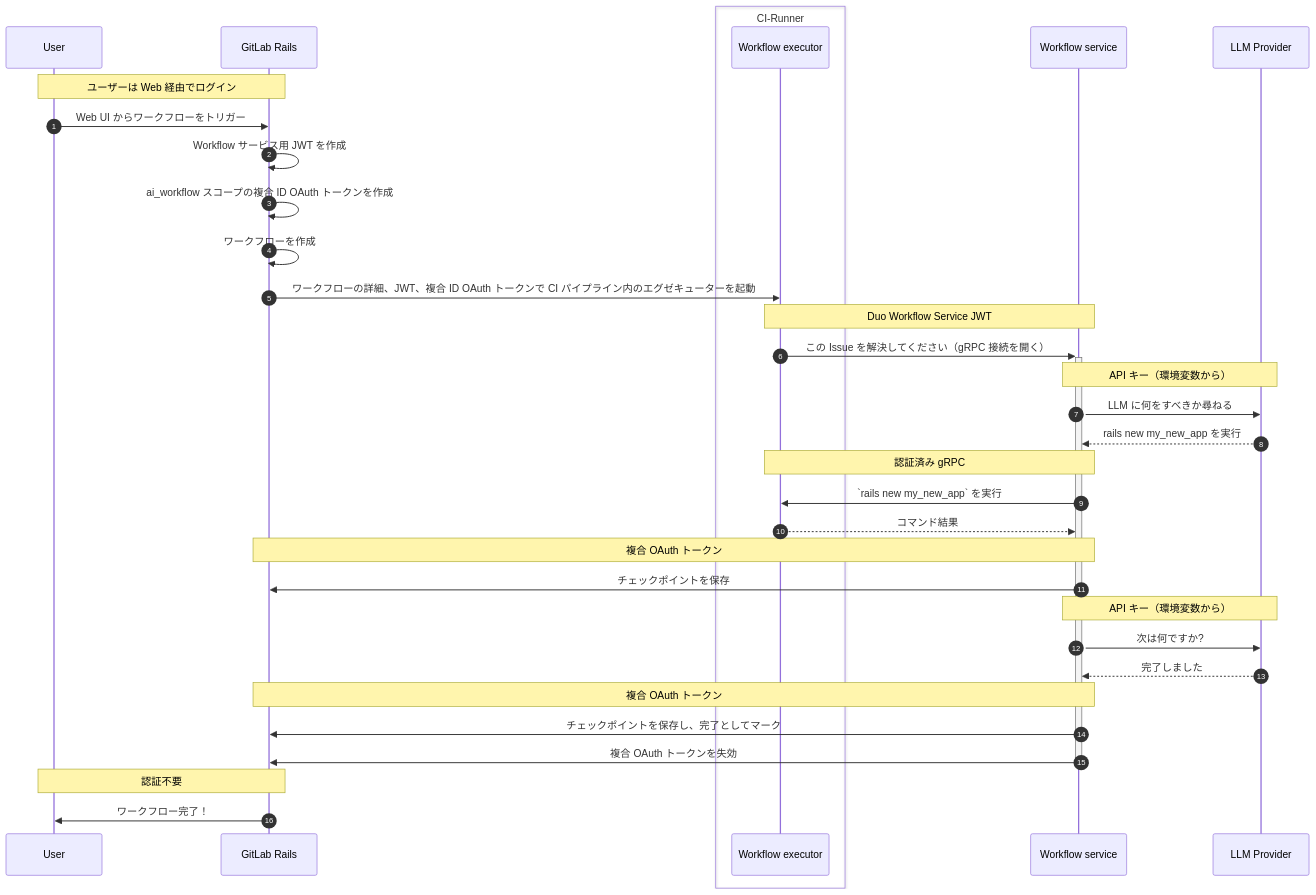
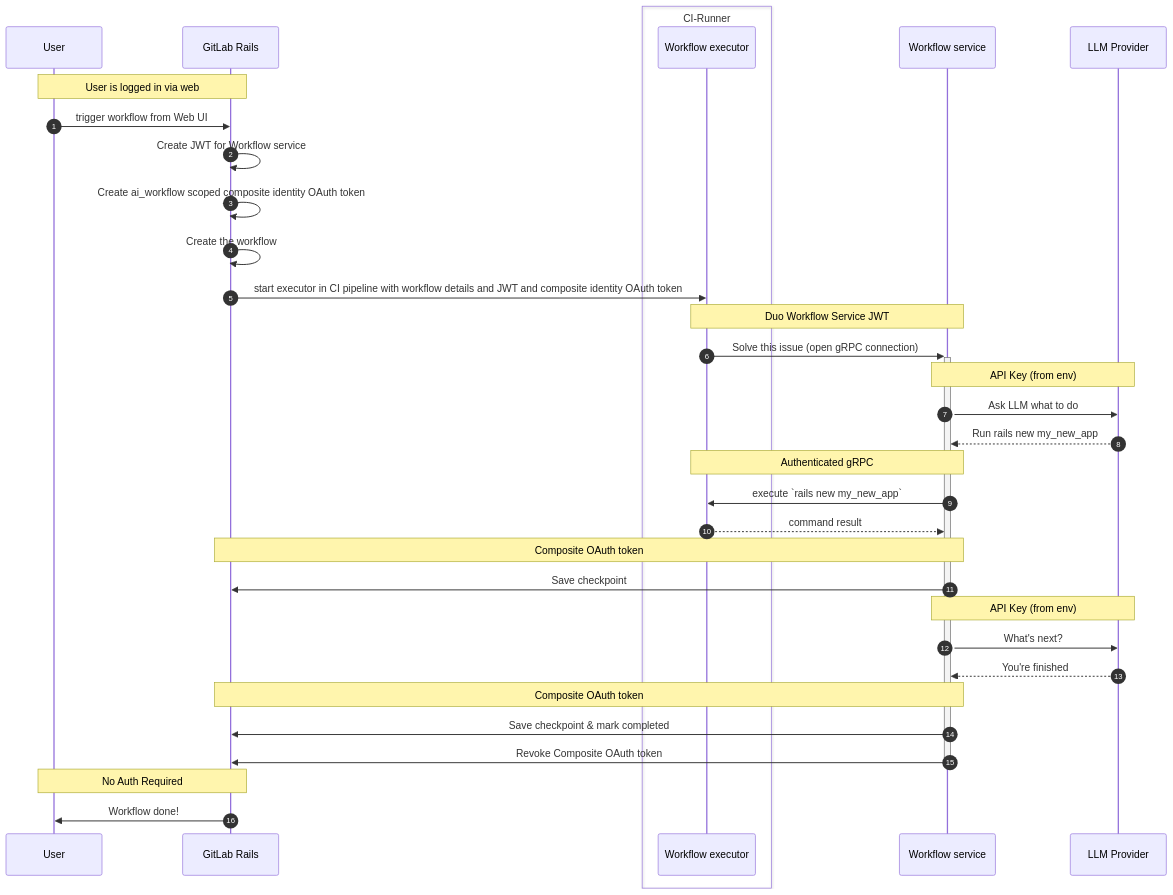
One commit to kyama0/gitlab-handbook-ja changed the second of 7 diagrams in content/handbook/engineering/architecture/design-documents/duo_workflow/_index.md. Above: the diagram before and after it, drawn with Mermaid. The commit also changed other lines of this file and 3 other files, not shown here.

````diff
--- a/content/handbook/engineering/architecture/design-documents/duo_workflow/_index.md
+++ b/content/handbook/engineering/architecture/design-documents/duo_workflow/_index.md
@@ -107,45 +105,45 @@
 ```mermaid
 sequenceDiagram
     autonumber
     participant user as User
     participant gitlab_rails as GitLab Rails
     box CI-Runner #LightYellow
         participant executor as Workflow executor
     end
     participant duo_workflow_service as Workflow service
     participant llm_provider as LLM Provider
 
-    note over user,gitlab_rails: ユーザーは Web 経由でログイン
-    user->>gitlab_rails: Web UI からワークフローをトリガー
-    gitlab_rails->>gitlab_rails: Workflow サービス用 JWT を作成
-    gitlab_rails->>gitlab_rails: ai_workflow スコープの複合 ID OAuth トークンを作成
-    gitlab_rails->>gitlab_rails: ワークフローを作成
+    note over user,gitlab_rails: User is logged in via web
+    user->>gitlab_rails: trigger workflow from Web UI
+    gitlab_rails->>gitlab_rails: Create JWT for Workflow service
+    gitlab_rails->>gitlab_rails: Create ai_workflow scoped composite identity OAuth token
+    gitlab_rails->>gitlab_rails: Create the workflow
 
-    gitlab_rails->>executor: ワークフローの詳細、JWT、複合 ID OAuth トークンで CI パイプライン内のエグゼキューターを起動
+    gitlab_rails->>executor: start executor in CI pipeline with workflow details and JWT and composite identity OAuth token
 
     note over executor,duo_workflow_service: Duo Workflow Service JWT
-    executor->>+duo_workflow_service: この Issue を解決してください（gRPC 接続を開く）
+    executor->>+duo_workflow_service: Solve this issue (open gRPC connection)
 
-    note over duo_workflow_service,llm_provider: API キー（環境変数から）
-    duo_workflow_service->>llm_provider: LLM に何をすべきか尋ねる
-    llm_provider-->>duo_workflow_service: rails new my_new_app を実行
+    note over duo_workflow_service,llm_provider: API Key (from env)
+    duo_workflow_service->>llm_provider: Ask LLM what to do
+    llm_provider-->>duo_workflow_service: Run rails new my_new_app
 
-    note over duo_workflow_service,executor: 認証済み gRPC
-    duo_workflow_service->>executor: `rails new my_new_app` を実行
-    executor-->>duo_workflow_service: コマンド結果
+    note over duo_workflow_service,executor: Authenticated gRPC
+    duo_workflow_service->>executor: execute `rails new my_new_app`
+    executor-->>duo_workflow_service: command result
 
-    note over duo_workflow_service,gitlab_rails: 複合 OAuth トークン
-    duo_workflow_service->>gitlab_rails: チェックポイントを保存
+    note over duo_workflow_service,gitlab_rails: Composite OAuth token
+    duo_workflow_service->>gitlab_rails: Save checkpoint
 
-    note over duo_workflow_service,llm_provider: API キー（環境変数から）
-    duo_workflow_service->>llm_provider: 次は何ですか?
-    llm_provider-->>duo_workflow_service: 完了しました
+    note over duo_workflow_service,llm_provider: API Key (from env)
+    duo_workflow_service->>llm_provider: What's next?
+    llm_provider-->>duo_workflow_service: You're finished
 
-    note over duo_workflow_service,gitlab_rails: 複合 OAuth トークン
-    duo_workflow_service->>gitlab_rails: チェックポイントを保存し、完了としてマーク
-    duo_workflow_service->>gitlab_rails: 複合 OAuth トークンを失効
+    note over duo_workflow_service,gitlab_rails: Composite OAuth token
+    duo_workflow_service->>gitlab_rails: Save checkpoint & mark completed
+    duo_workflow_service->>gitlab_rails: Revoke Composite OAuth token
     deactivate duo_workflow_service
 
-    note over gitlab_rails,user: 認証不要
-    gitlab_rails->>user: ワークフロー完了！
+    note over gitlab_rails,user: No Auth Required
+    gitlab_rails->>user: Workflow done!
 ```
````
